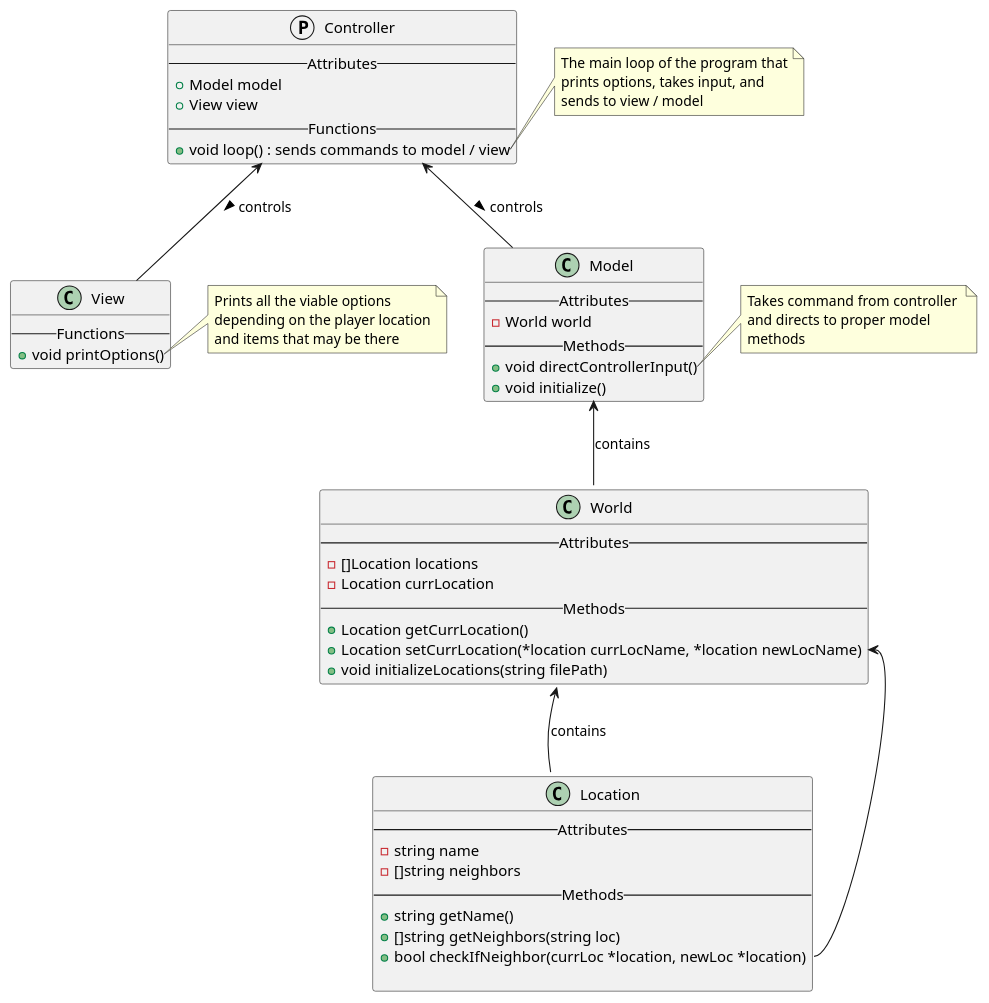
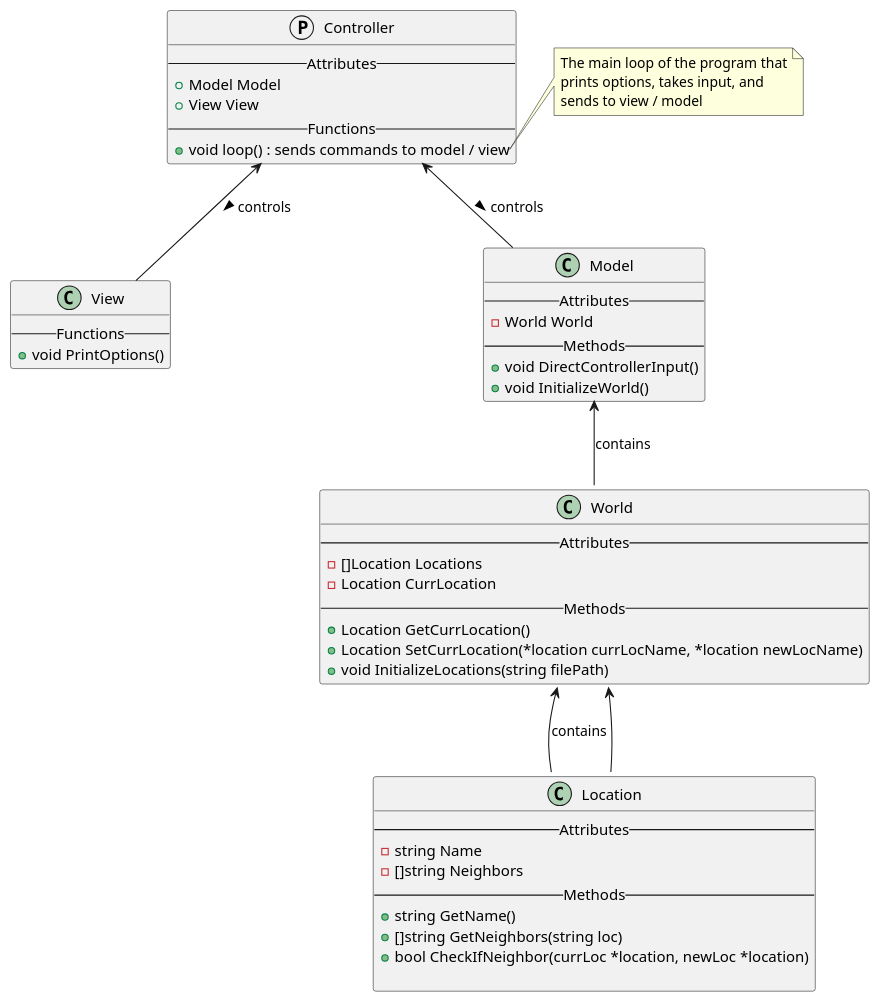
One commit to Charlemagne44/GoAdventure changed the diagram in diagram.puml. Above: the diagram before and after it, drawn with PlantUML. The commit also changed 1 other file, not shown here.

Commit message:
updated diagram and model

```diff
--- a/diagram.puml
+++ b/diagram.puml
@@ -1,69 +1,69 @@
 @startuml class_diagram
 protocol   Controller {
     --Attributes--
-    + Model model
-    + View view
+    + Model Model
+    + View View
     --Functions--
     + void loop() : sends commands to model / view
 }
 note right of Controller::loop
     The main loop of the program that
     prints options, takes input, and
     sends to view / model
 end note
 class   View {
     --Functions--
-    + void printOptions()
+    + void PrintOptions()
 }
 note right of View::printOptions
     Prints all the viable options
     depending on the player location
     and items that may be there
 end note
 class   Model {
     --Attributes--
-    - World world
+    - World World
     --Methods--
-    + void directControllerInput()
-    + void initialize()
+    + void DirectControllerInput()
+    + void InitializeWorld()
 }
 note right of Model::directControllerInput
     Takes command from controller 
     and directs to proper model
     methods
 end note
 
 class World {
     --Attributes--
-    - []Location locations
-    - Location currLocation
+    - []Location Locations
+    - Location CurrLocation
     --Methods--
-    + Location getCurrLocation()
-    + Location setCurrLocation(*location currLocName, *location newLocName)
-    /'- void createLocation(string filename)'/
-    + void initializeLocations(string filePath)
+    + Location GetCurrLocation()
+    + Location SetCurrLocation(*location currLocName, *location newLocName)
+    /'- void CreateLocation(string filename)'/
+    + void InitializeLocations(string filePath)
 }
 note right of World::createLocations
     Takes JSON input to create locations
     for the worlds to be used
 end note
 
 class Location {
     --Attributes--
-    - string name 
-    - []string neighbors
+    - string Name 
+    - []string Neighbors
     --Methods--
-    + string getName()
-    + []string getNeighbors(string loc)
-    + bool checkIfNeighbor(currLoc *location, newLoc *location)
+    + string GetName()
+    + []string GetNeighbors(string loc)
+    + bool CheckIfNeighbor(currLoc *location, newLoc *location)
 
 }
 
 Controller <-- Model : controls >
 Controller <-- View : controls >
 Model <-- World : contains
 World <-- Location : contains
 World::setCurrLocation <-- Location::checkIfNeighbor
 
 
 @enduml
```
